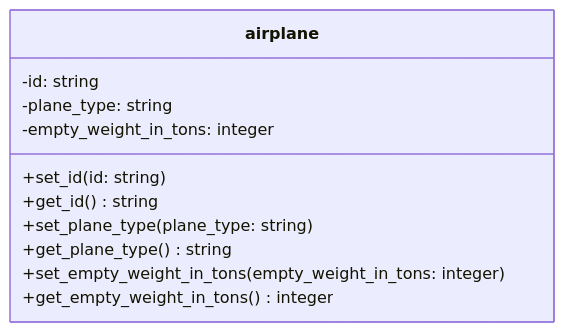
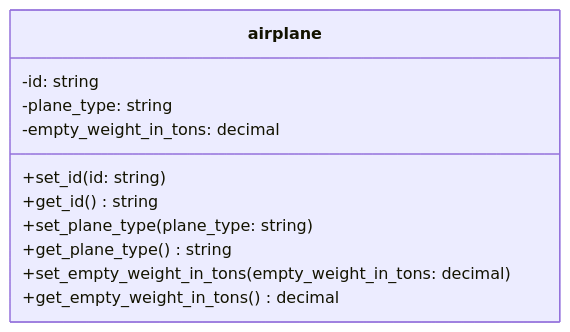
One commit to appenmaier/s4hana changed the diagram in docs/exercises/abap-objects/abap-objects-01.md. Above: the diagram before and after it, drawn with Mermaid. The commit also changed 7 other files, not shown here.

````diff
--- a/docs/exercises/abap-objects/abap-objects-01.md
+++ b/docs/exercises/abap-objects/abap-objects-01.md
@@ -10,14 +10,14 @@
 ```mermaid
 classDiagram
    class airplane {
       -id: string
       -plane_type: string
-      -empty_weight_in_tons: integer
+      -empty_weight_in_tons: decimal
       +set_id(id: string)
       +get_id() string
       +set_plane_type(plane_type: string)
       +get_plane_type() string
-      +set_empty_weight_in_tons(empty_weight_in_tons: integer)
-      +get_empty_weight_in_tons() integer
+      +set_empty_weight_in_tons(empty_weight_in_tons: decimal)
+      +get_empty_weight_in_tons() decimal
    }
 ```
````
